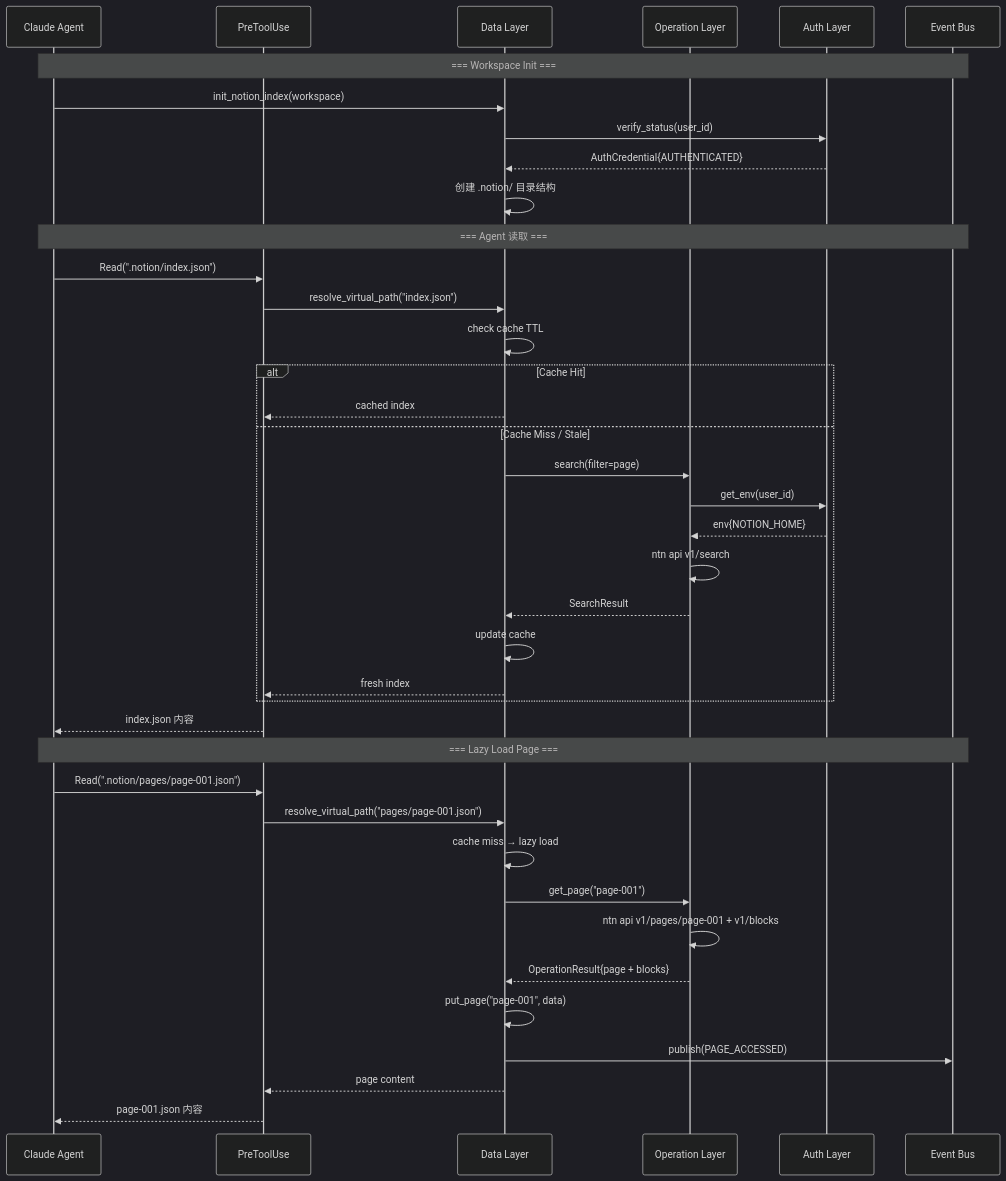
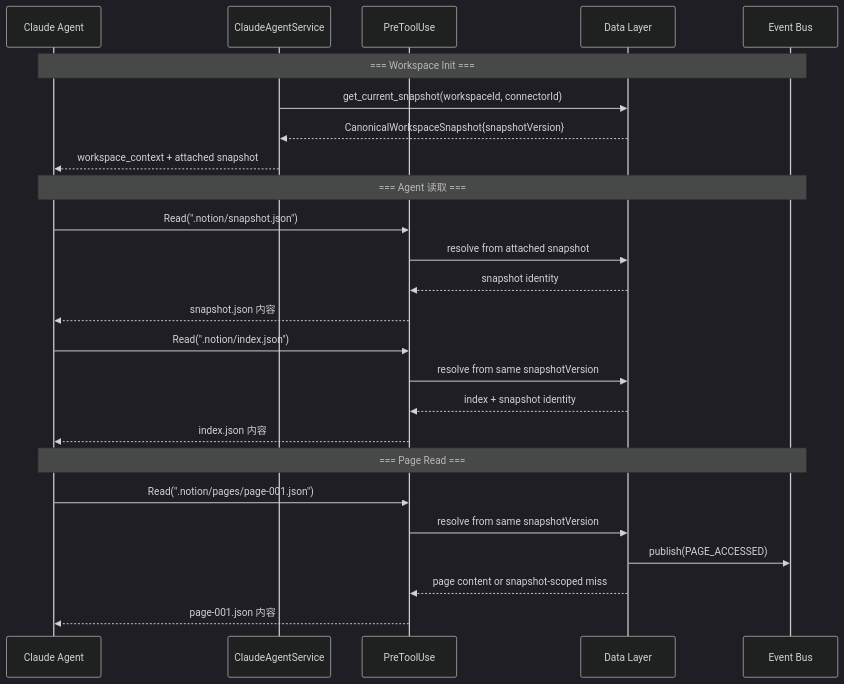
Before and after one commit to glide-the/im-dream: diagram 13 of 18 in docs/design/claude-agent/notion-point/resource-connector-flowcharts.md, drawn with Mermaid (dark theme). The commit also changed other lines of this file and 16 other files, not shown here.

First line of the commit message:
feat(notion): implement canonical snapshot and resource connector integration

````diff
--- a/docs/design/claude-agent/notion-point/resource-connector-flowcharts.md
+++ b/docs/design/claude-agent/notion-point/resource-connector-flowcharts.md
@@ -413,46 +387,31 @@
 ```mermaid
 sequenceDiagram
     participant Agent as Claude Agent
+    participant Service as ClaudeAgentService
     participant Hook as PreToolUse
     participant Data as Data Layer
-    participant Ops as Operation Layer
-    participant Auth as Auth Layer
     participant Bus as Event Bus
 
     Note over Agent,Bus: === Workspace Init ===
-    Agent->>Data: init_notion_index(workspace)
-    Data->>Auth: verify_status(user_id)
-    Auth-->>Data: AuthCredential{AUTHENTICATED}
-    Data->>Data: 创建 .notion/ 目录结构
+    Service->>Data: get_current_snapshot(workspaceId, connectorId)
+    Data-->>Service: CanonicalWorkspaceSnapshot{snapshotVersion}
+    Service-->>Agent: workspace_context + attached snapshot
 
     Note over Agent,Bus: === Agent 读取 ===
+    Agent->>Hook: Read(".notion/snapshot.json")
+    Hook->>Data: resolve from attached snapshot
+    Data-->>Hook: snapshot identity
+    Hook-->>Agent: snapshot.json 内容
+
     Agent->>Hook: Read(".notion/index.json")
-    Hook->>Data: resolve_virtual_path("index.json")
-    Data->>Data: check cache TTL
-
-    alt Cache Hit
-        Data-->>Hook: cached index
-    else Cache Miss / Stale
-        Data->>Ops: search(filter=page)
-        Ops->>Auth: get_env(user_id)
-        Auth-->>Ops: env{NOTION_HOME}
-        Ops->>Ops: ntn api v1/search
-        Ops-->>Data: SearchResult
-        Data->>Data: update cache
-        Data-->>Hook: fresh index
-    end
-
+    Hook->>Data: resolve from same snapshotVersion
+    Data-->>Hook: index + snapshot identity
     Hook-->>Agent: index.json 内容
 
-    Note over Agent,Bus: === Lazy Load Page ===
+    Note over Agent,Bus: === Page Read ===
     Agent->>Hook: Read(".notion/pages/page-001.json")
-    Hook->>Data: resolve_virtual_path("pages/page-001.json")
-    Data->>Data: cache miss → lazy load
-    Data->>Ops: get_page("page-001")
-    Ops->>Ops: ntn api v1/pages/page-001 + v1/blocks
-    Ops-->>Data: OperationResult{page + blocks}
-    Data->>Data: put_page("page-001", data)
+    Hook->>Data: resolve from same snapshotVersion
     Data->>Bus: publish(PAGE_ACCESSED)
-    Data-->>Hook: page content
+    Data-->>Hook: page content or snapshot-scoped miss
     Hook-->>Agent: page-001.json 内容
 ```
````
